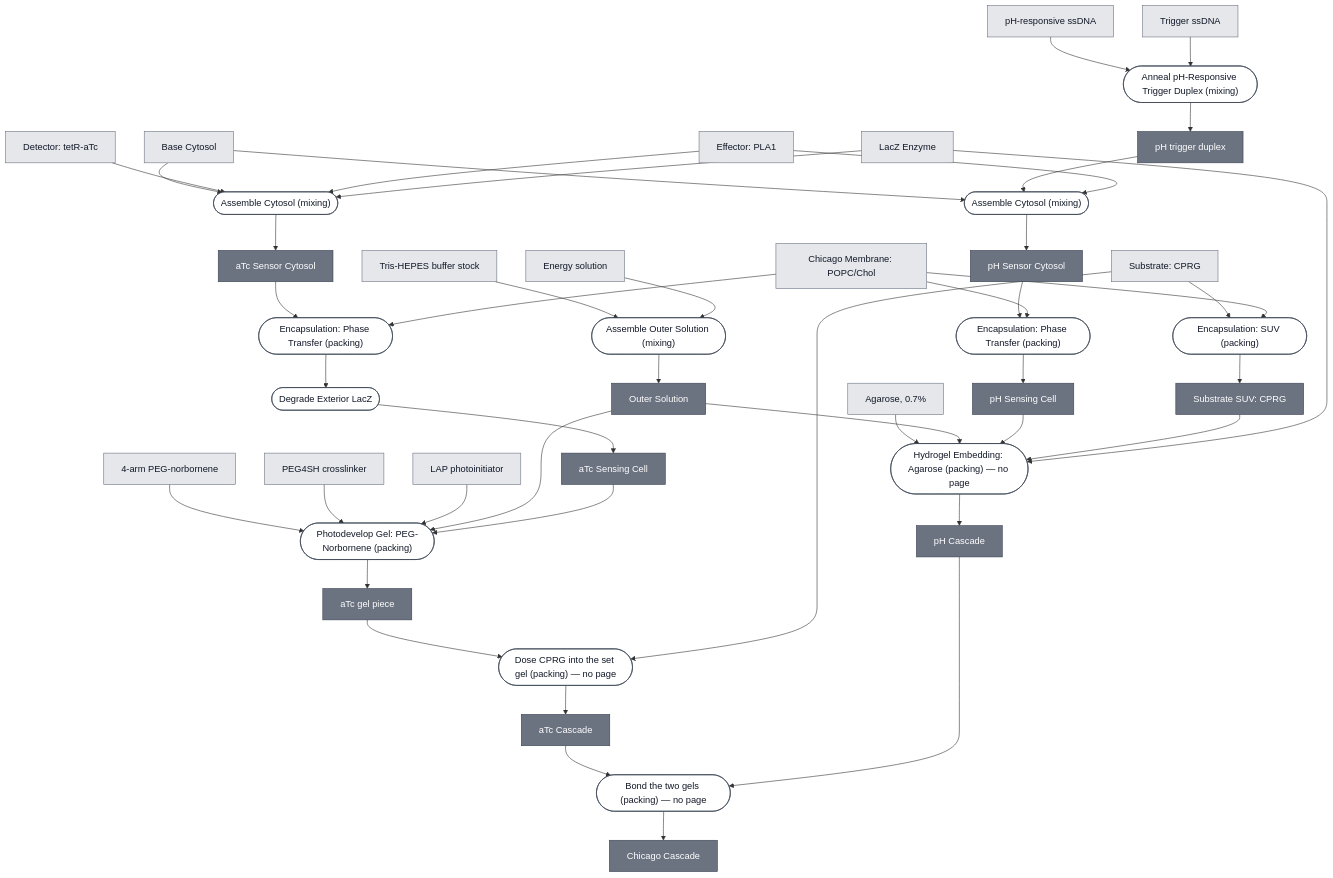
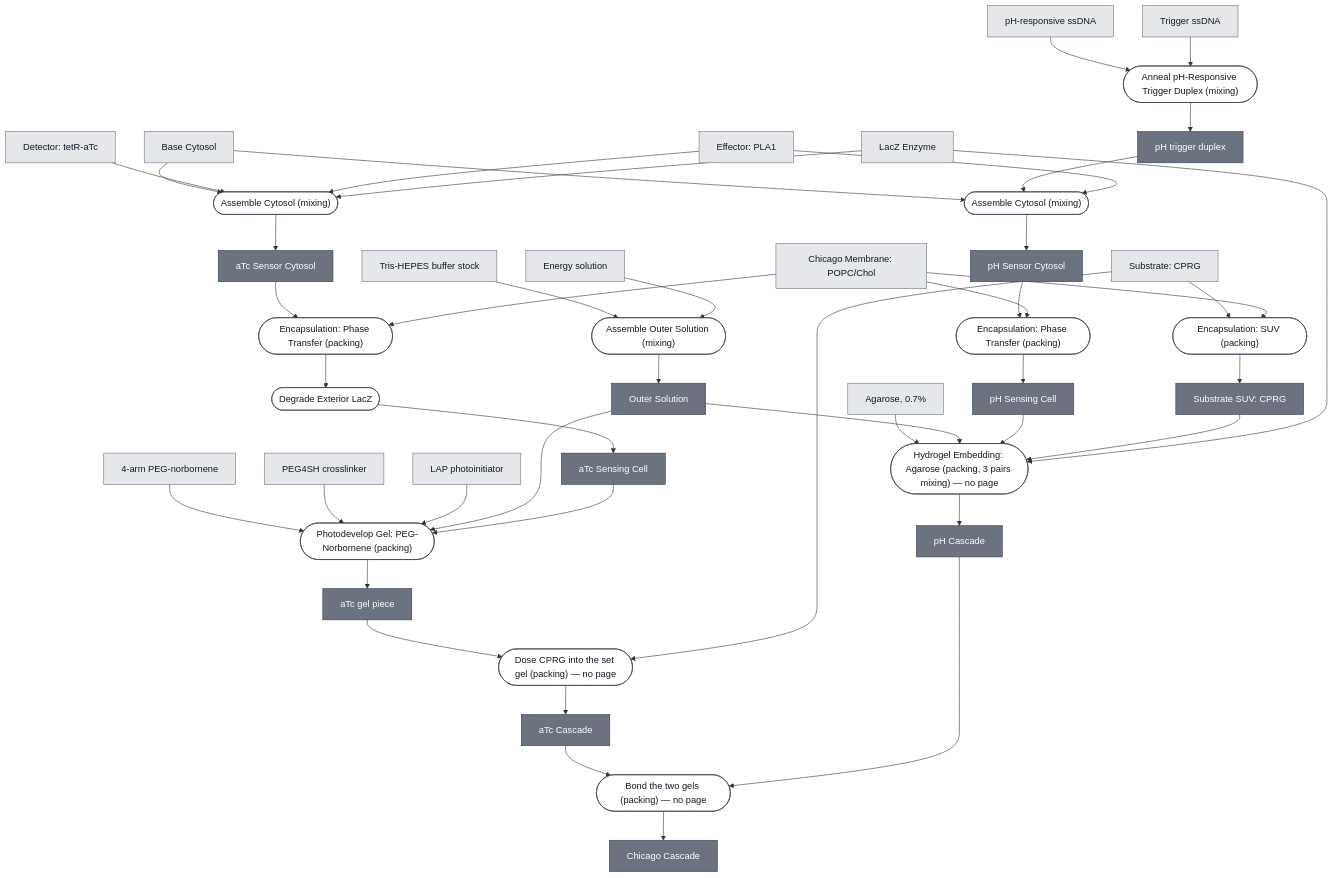
Before and after one commit to nucleus-eng/nucleus-docs: the diagram in docs/modules/chicago-cascade/spec.md, drawn with Mermaid. The commit also changed 3 other files, not shown here.

First line of the commit message:
Teach the composition generator three things the schema learned without it

```diff
--- a/docs/modules/chicago-cascade/spec.md
+++ b/docs/modules/chicago-cascade/spec.md
@@ -70,7 +70,7 @@
     PH_SENSING_CELL["pH Sensing Cell"]
     P9_ENCAPSULATE_SUBSTRATE_SUV_0(["Encapsulation: SUV (packing)"])
     SUBSTRATE_CPRG_SUV["Substrate SUV: CPRG"]
-    P10_EMBED_AGAROSE_0(["Hydrogel Embedding: Agarose (packing) — no page"])
+    P10_EMBED_AGAROSE_0(["Hydrogel Embedding: Agarose (packing, 3 pairs mixing) — no page"])
     PH_GEL["pH Cascade"]
     P11_BOND_GELS_0(["Bond the two gels (packing) — no page"])
     CHICAGO_CASCADE["Chicago Cascade"]
```
